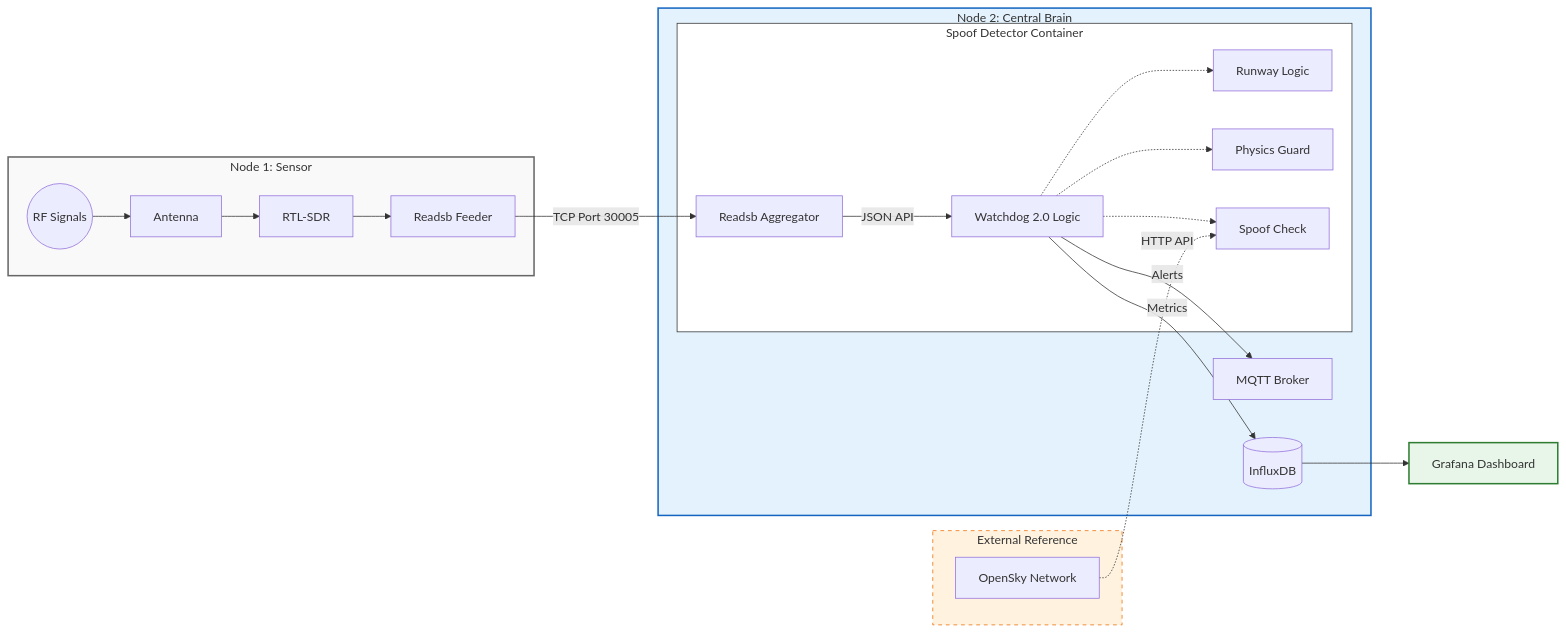
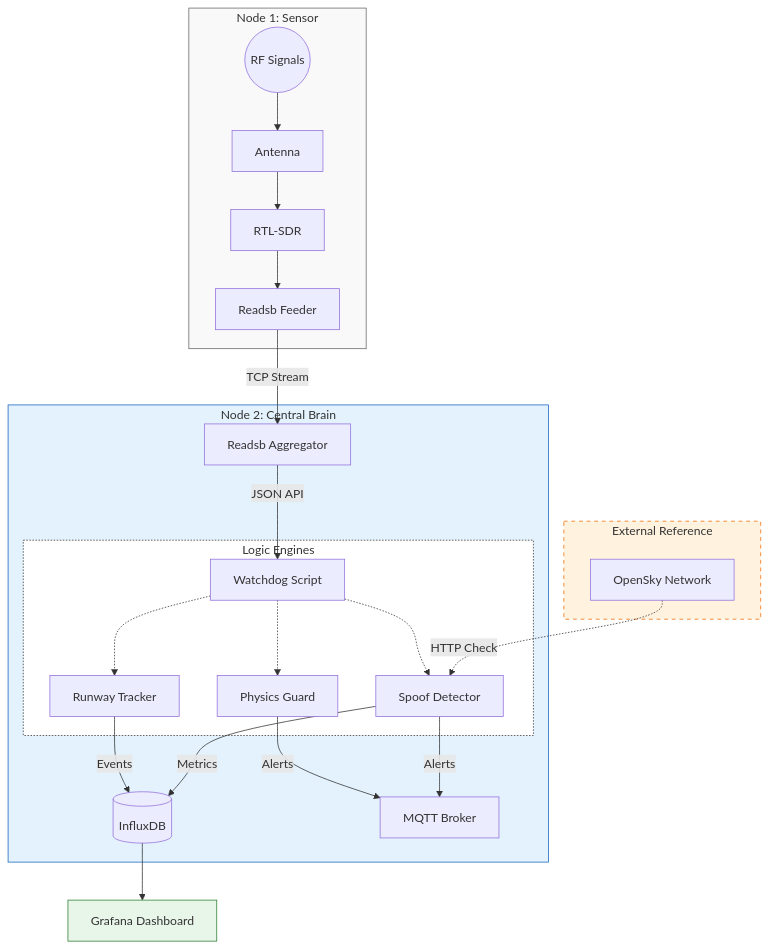
The diagram in README.md (rwiren/central-brain), drawn with Mermaid before and after one commit.

Commit message:
Docs: Vertical data flow diagram to fix layout issues

````diff
--- a/README.md
+++ b/README.md
@@ -64,44 +64,44 @@
 ```mermaid
-graph LR
+graph TD
     %% 1. Sensing Layer
     subgraph SENSOR [Node 1: Sensor]
         AIR((RF Signals)) --> ANT[Antenna]
         ANT --> SDR[RTL-SDR]
         SDR --> FEEDER[Readsb Feeder]
     end
 
     %% 2. Intelligence Layer
     subgraph BRAIN [Node 2: Central Brain]
-        FEEDER -->|TCP Port 30005| AGG[Readsb Aggregator]
+        FEEDER -->|TCP Stream| AGG[Readsb Aggregator]
+        AGG -->|JSON API| WD[Watchdog Script]
         
-        %% The Watchdog Container
-        subgraph WATCHDOG_CONTAINER [Spoof Detector Container]
-            AGG -->|JSON API| LOGIC[Watchdog 2.0 Logic]
-            
-            %% Internal Logic Threads
-            LOGIC -.-> RUNWAY[Runway Logic]
-            LOGIC -.-> PHYSICS[Physics Guard]
-            LOGIC -.-> SPOOF[Spoof Check]
+        %% Logic Flow
+        subgraph LOGIC [Logic Engines]
+            WD -.-> TRACK[Runway Tracker]
+            WD -.-> PHYS[Physics Guard]
+            WD -.-> SPOOF[Spoof Detector]
         end
 
-        %% Outputs
-        LOGIC -->|Metrics| DB[(InfluxDB)]
-        LOGIC -->|Alerts| MQTT[MQTT Broker]
+        %% Actions / Outputs
+        TRACK -->|Events| DB[(InfluxDB)]
+        PHYS -->|Alerts| MQTT[MQTT Broker]
+        SPOOF -->|Alerts| MQTT
+        SPOOF -->|Metrics| DB
     end
 
     %% 3. Reference Layer
     subgraph REF [External Reference]
-        OPENSKY[OpenSky Network]
+        OS[OpenSky Network]
     end
 
-    %% 4. Viz Layer
-    OPENSKY -.->|HTTP API| SPOOF
+    %% 4. Visualization
+    OS -.->|HTTP Check| SPOOF
     DB --> DASH[Grafana Dashboard]
 
     %% Styling
-    style SENSOR fill:#f9f9f9,stroke:#666,stroke-width:2px
-    style BRAIN fill:#e3f2fd,stroke:#1565c0,stroke-width:2px
+    style SENSOR fill:#f9f9f9,stroke:#666
+    style BRAIN fill:#e3f2fd,stroke:#1565c0
     style REF fill:#fff3e0,stroke:#ef6c00,stroke-dasharray: 5 5
-    style DASH fill:#e8f5e9,stroke:#2e7d32,stroke-width:2px
-    style WATCHDOG_CONTAINER fill:#ffffff,stroke:#333,stroke-width:1px
+    style DASH fill:#e8f5e9,stroke:#2e7d32
+    style LOGIC fill:#ffffff,stroke:#333,stroke-dasharray: 2 2
 ```
````
